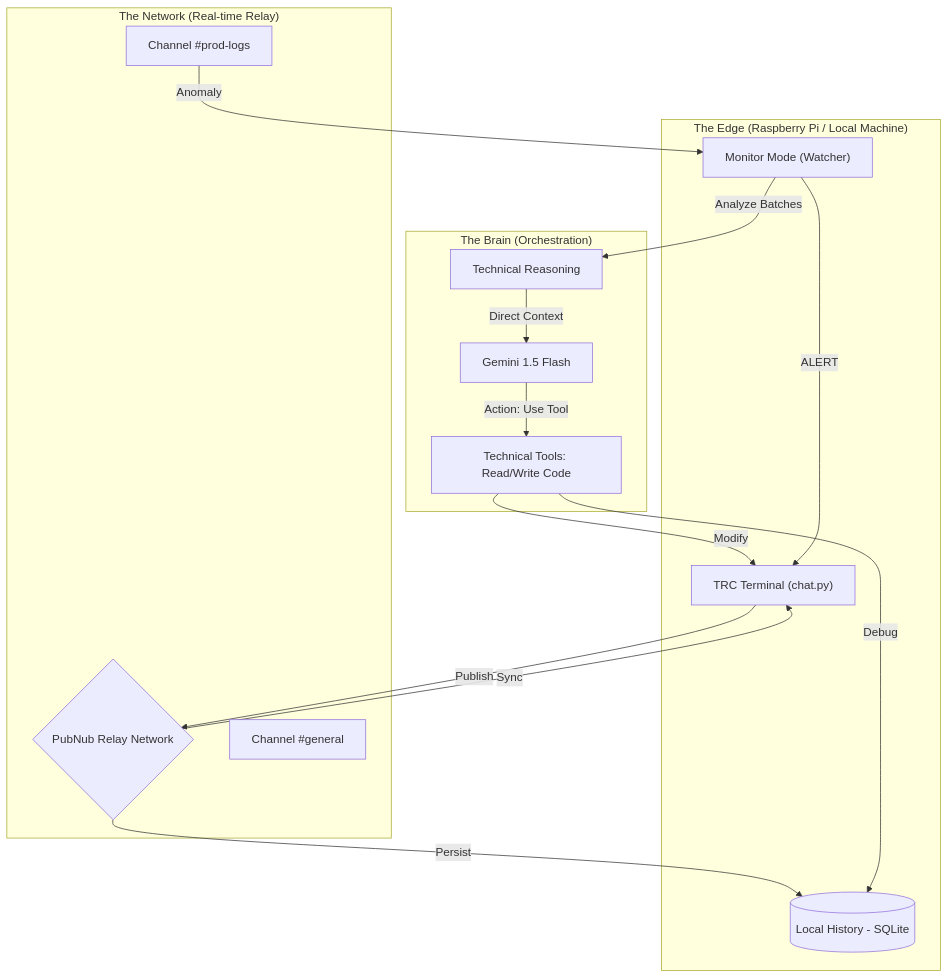
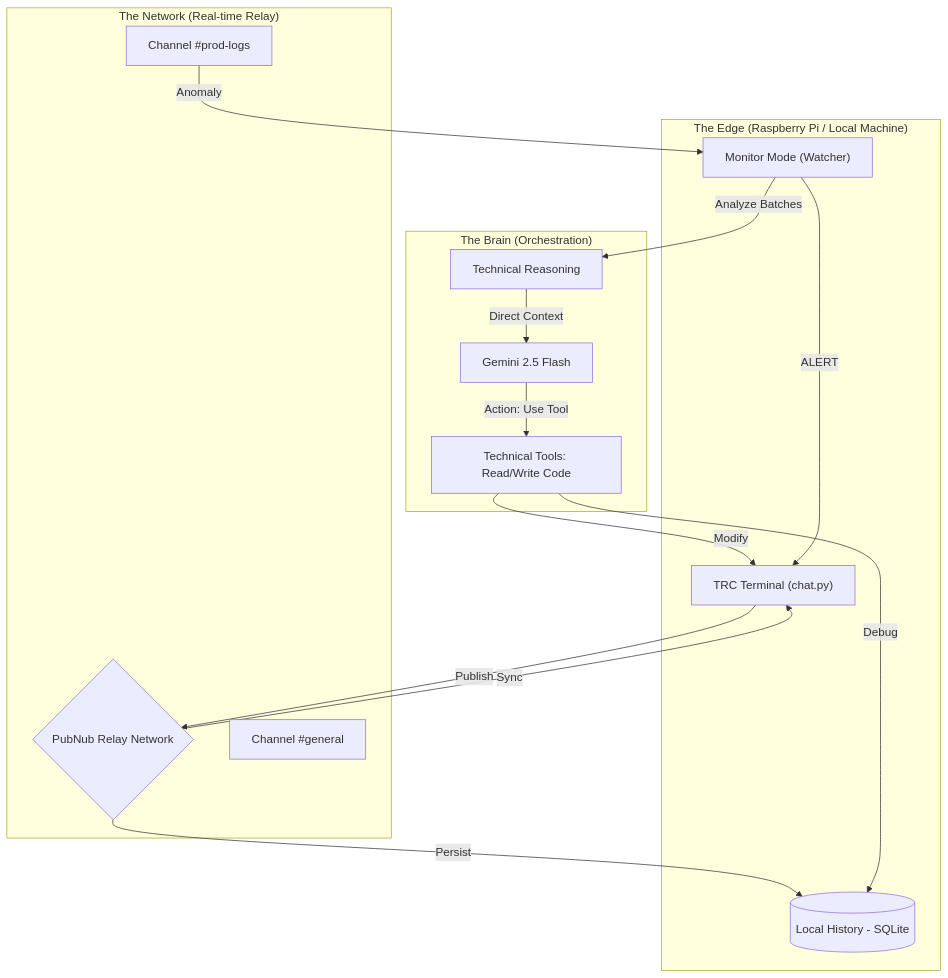
One commit to C-o-m-o-n/trc changed the diagram in research/architecture.md. Above: the diagram before and after it, drawn with Mermaid. The commit also changed other lines of this file and 9 other files, not shown here.

Commit message:
feat: Document TRC's architecture, deployment strategy, and competitive advantages, and refactor the systemd service file location.

````diff
--- a/research/architecture.md
+++ b/research/architecture.md
@@ -5,36 +5,36 @@
 ```mermaid
 graph TD
     subgraph "The Edge (Raspberry Pi / Local Machine)"
         TUI["TRC Terminal (chat.py)"]
         DB[(Local History - SQLite)]
         Monitor["Monitor Mode (Watcher)"]
     end
 
     subgraph "The Network (Real-time Relay)"
         PN{PubNub Relay Network}
         RelayA["Channel #general"]
         RelayB["Channel #prod-logs"]
     end
 
     subgraph "The Brain (Orchestration)"
-        Gemini[Gemini 1.5 Flash]
+        Gemini[Gemini 2.5 Flash]
         Tools[Technical Tools: Read/Write Code]
         Reasoning[Technical Reasoning]
     end
 
     %% Flow: Human to Network
     TUI -->|Publish| PN
     PN -->|Sync| TUI
 
     %% Flow: Intelligence Loop
     PN -->|Persist| DB
     Monitor -->|Analyze Batches| Reasoning
     Reasoning -->|Direct Context| Gemini
     Gemini -->|Action: Use Tool| Tools
     Tools -->|Modify| TUI
     Tools -->|Debug| DB
 
     %% Interaction
     RelayB -->|Anomaly| Monitor
     Monitor -->|ALERT| TUI
 ```
````
